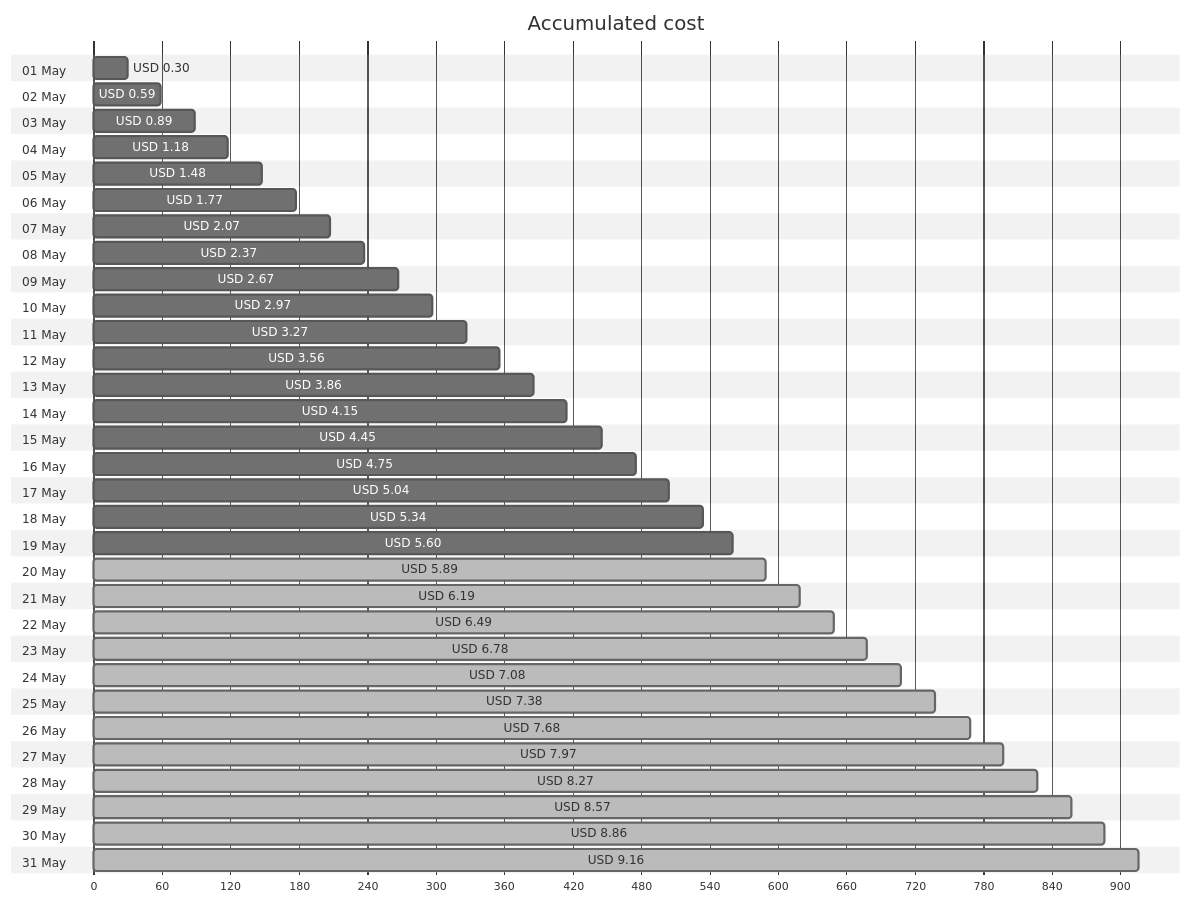
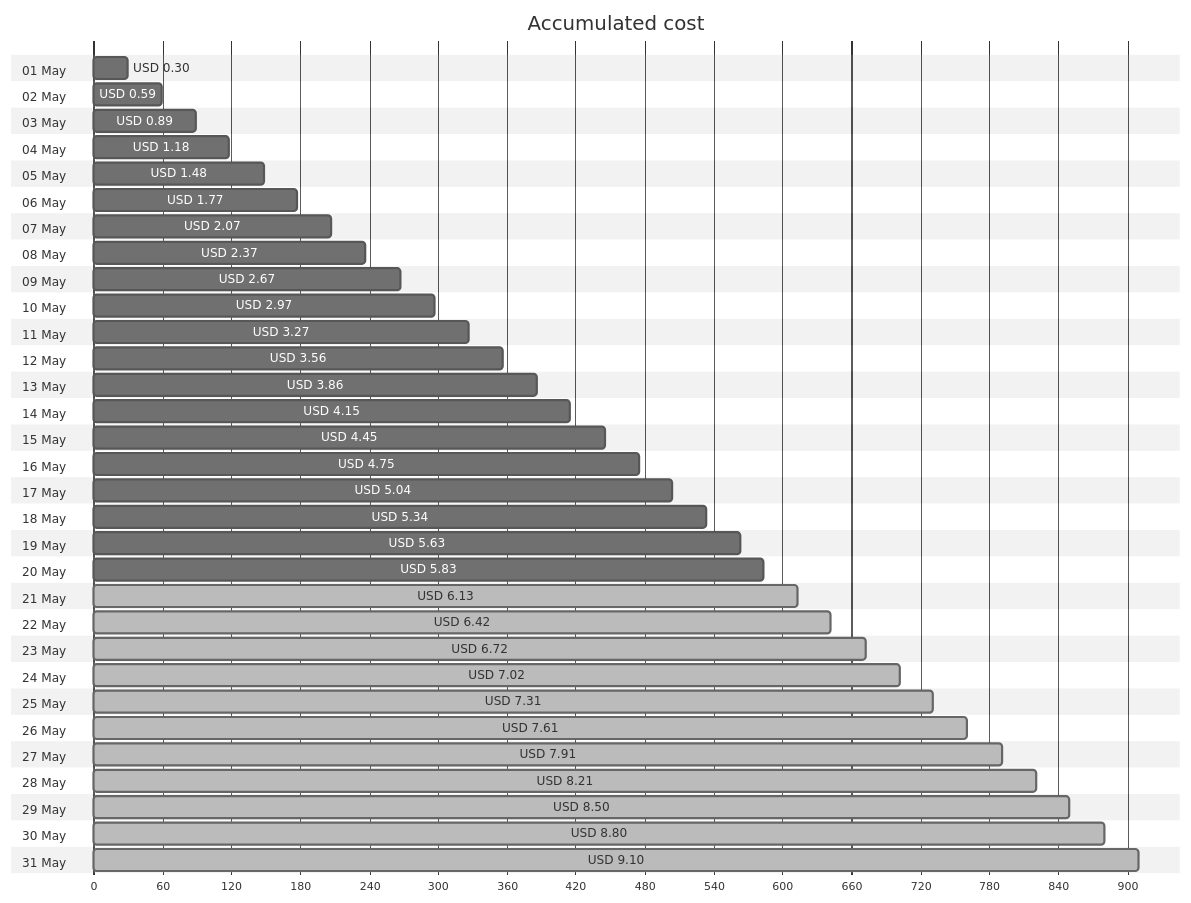
Before and after one commit to jpfulton/azure-personal-reports: the first of 4 diagrams in cost-reports/personal-site/personal-site.md, drawn with Mermaid (neutral theme). The commit also changed other lines of this file and 6 other files, not shown here.

````diff
--- a/cost-reports/personal-site/personal-site.md
+++ b/cost-reports/personal-site/personal-site.md
@@ -20,68 +20,68 @@
 ```mermaid
 gantt
    title Accumulated cost
    dateFormat  X
    axisFormat %s
    section 01 May
    USD 0.30 :0, 30
    section 02 May
    USD 0.59 :0, 59
    section 03 May
    USD 0.89 :0, 89
    section 04 May
    USD 1.18 :0, 118
    section 05 May
    USD 1.48 :0, 148
    section 06 May
    USD 1.77 :0, 177
    section 07 May
    USD 2.07 :0, 207
    section 08 May
    USD 2.37 :0, 237
    section 09 May
    USD 2.67 :0, 267
    section 10 May
    USD 2.97 :0, 297
    section 11 May
    USD 3.27 :0, 327
    section 12 May
    USD 3.56 :0, 356
    section 13 May
    USD 3.86 :0, 386
    section 14 May
    USD 4.15 :0, 415
    section 15 May
    USD 4.45 :0, 445
    section 16 May
    USD 4.75 :0, 475
    section 17 May
    USD 5.04 :0, 504
    section 18 May
    USD 5.34 :0, 534
    section 19 May
-   USD 5.60 :0, 560
+   USD 5.63 :0, 563
    section 20 May
-   USD 5.89 : done, 0, 589
+   USD 5.83 :0, 583
    section 21 May
-   USD 6.19 : done, 0, 619
+   USD 6.13 : done, 0, 613
    section 22 May
-   USD 6.49 : done, 0, 649
+   USD 6.42 : done, 0, 642
    section 23 May
-   USD 6.78 : done, 0, 678
+   USD 6.72 : done, 0, 672
    section 24 May
-   USD 7.08 : done, 0, 708
+   USD 7.02 : done, 0, 702
    section 25 May
-   USD 7.38 : done, 0, 738
+   USD 7.31 : done, 0, 731
    section 26 May
-   USD 7.68 : done, 0, 768
+   USD 7.61 : done, 0, 761
    section 27 May
-   USD 7.97 : done, 0, 797
+   USD 7.91 : done, 0, 791
    section 28 May
-   USD 8.27 : done, 0, 827
+   USD 8.21 : done, 0, 821
    section 29 May
-   USD 8.57 : done, 0, 857
+   USD 8.50 : done, 0, 850
    section 30 May
-   USD 8.86 : done, 0, 886
+   USD 8.80 : done, 0, 880
    section 31 May
-   USD 9.16 : done, 0, 916
+   USD 9.10 : done, 0, 910
 ```
````
